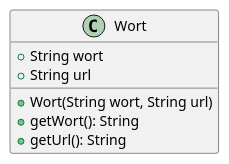
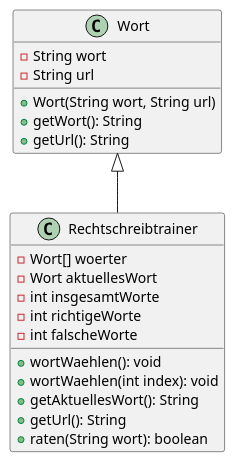
Before and after one commit to TGM-HIT/sew9-2324-worttrainer-jdoppelhofer: the diagram in app/uml/UML.puml, drawn with PlantUML. The commit also changed 1 other file, not shown here.

Commit message:
UML Rechtschreibtrainer Klasse

```diff
--- a/app/uml/UML.puml
+++ b/app/uml/UML.puml
@@ -1,11 +1,25 @@
 @startuml
 
+Wort <|-- Rechtschreibtrainer
+
 class Wort {
-    +String wort
-    +String url
+    -String wort
+    -String url
     +Wort(String wort, String url)
     +getWort(): String
     +getUrl(): String
 }
 
+class Rechtschreibtrainer {
+    -Wort[] woerter
+    -Wort aktuellesWort
+    -int insgesamtWorte
+    -int richtigeWorte
+    -int falscheWorte
+    +wortWaehlen(): void
+    +wortWaehlen(int index): void
+    +getAktuellesWort(): String
+    +getUrl(): String
+    +raten(String wort): boolean
+}
 @enduml
```
